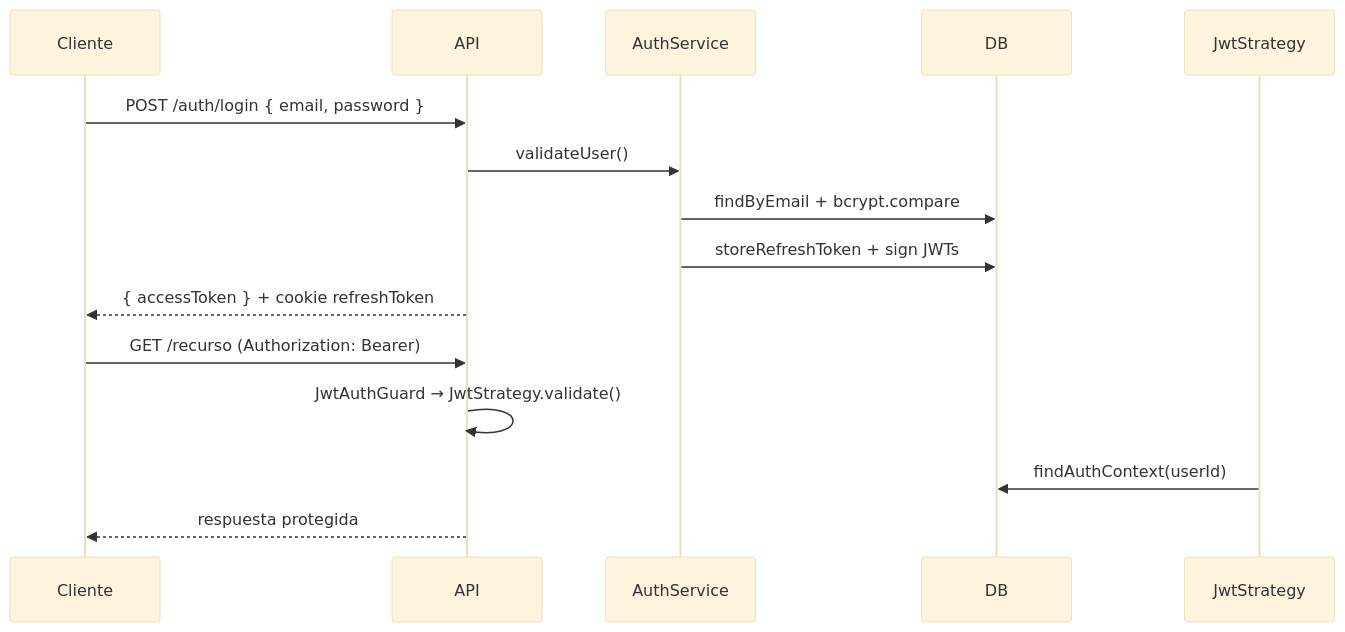
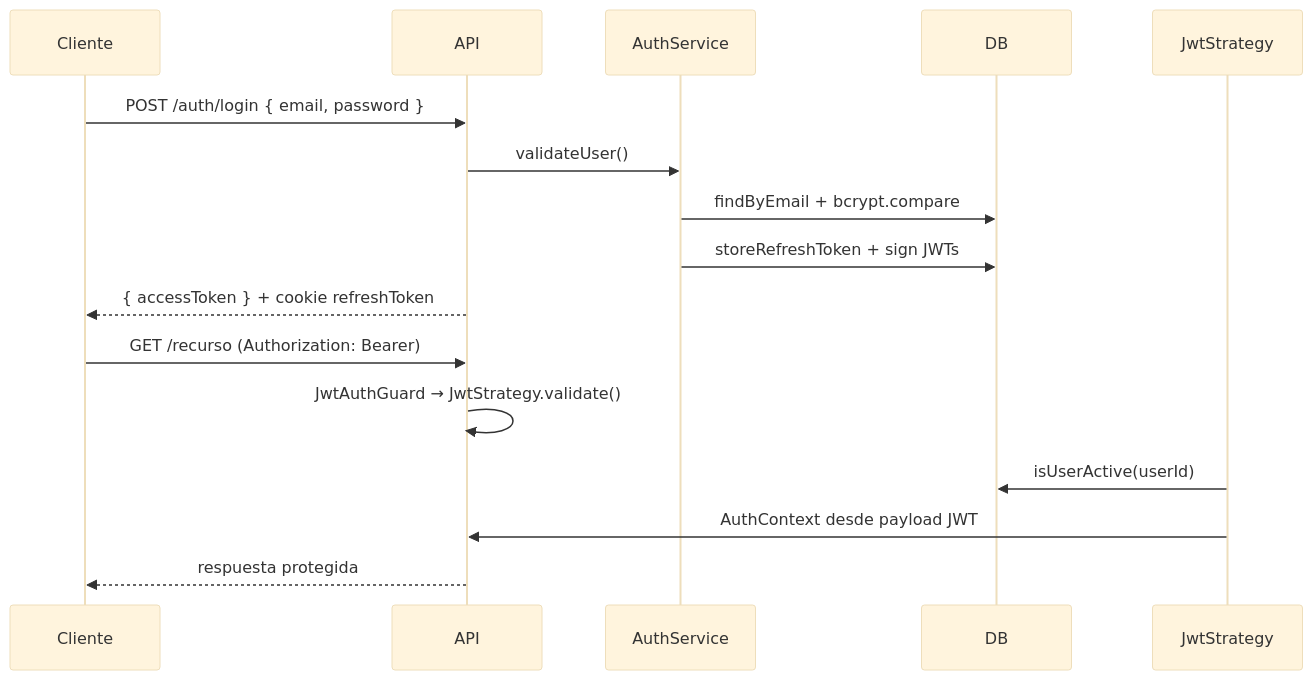
The diagram in apps/api/docs/auth-and-utilities.md (Javier-Gondres/Integrador-Monorepo), drawn with Mermaid (base theme) before and after one commit. The commit also changed other lines of this file and 68 other files, not shown here.

````diff
--- a/apps/api/docs/auth-and-utilities.md
+++ b/apps/api/docs/auth-and-utilities.md
@@ -65,18 +84,19 @@
 ```mermaid
 sequenceDiagram
   participant Cliente
   participant API
   participant AuthService
   participant DB
 
   Cliente->>API: POST /auth/login { email, password }
   API->>AuthService: validateUser()
   AuthService->>DB: findByEmail + bcrypt.compare
   AuthService->>DB: storeRefreshToken + sign JWTs
   API-->>Cliente: { accessToken } + cookie refreshToken
 
   Cliente->>API: GET /recurso (Authorization: Bearer)
   API->>API: JwtAuthGuard → JwtStrategy.validate()
-  JwtStrategy->>DB: findAuthContext(userId)
+  JwtStrategy->>DB: isUserActive(userId)
+  JwtStrategy->>API: AuthContext desde payload JWT
   API-->>Cliente: respuesta protegida
 ```
````
